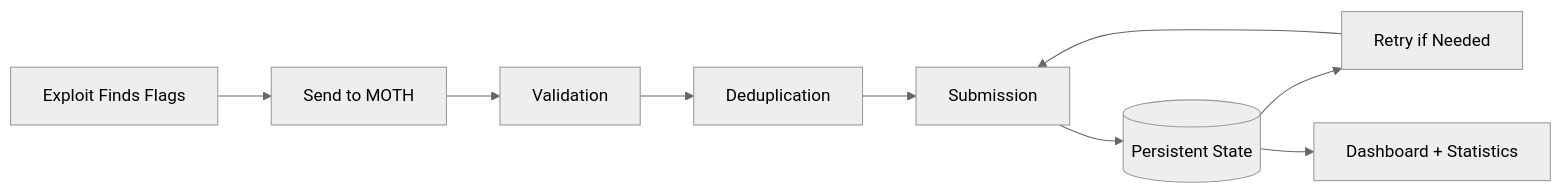
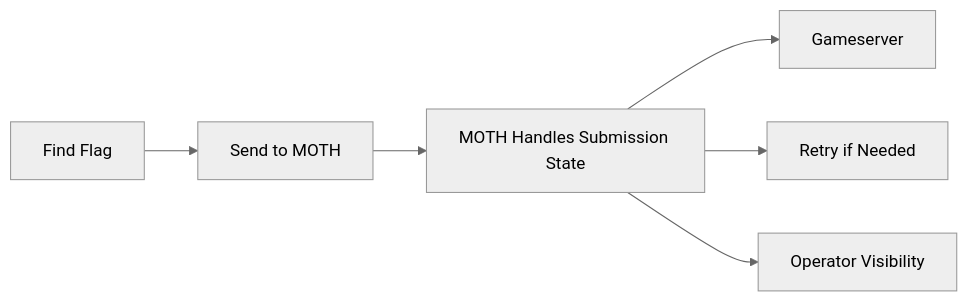
One commit to Denis-Krueger-labs/MOTH changed the second of 2 diagrams in README.md. Above: the diagram before and after it, drawn with Mermaid (neutral theme). The commit also changed other lines of this file and 2 other files, not shown here.

````diff
--- a/README.md
+++ b/README.md
@@ -975,11 +232,8 @@
 ```mermaid
 flowchart LR
-    A[Exploit Finds Flags] --> B[Send to MOTH]
-    B --> C[Validation]
-    C --> D[Deduplication]
-    D --> E[Submission]
-    E --> F[(Persistent State)]
-    F --> G[Retry if Needed]
-    G --> E
-    F --> H[Dashboard + Statistics]
+    A[Find Flag] --> B[Send to MOTH]
+    B --> C[MOTH Handles Submission State]
+    C --> D[Gameserver]
+    C --> E[Retry if Needed]
+    C --> F[Operator Visibility]
 ```
````
